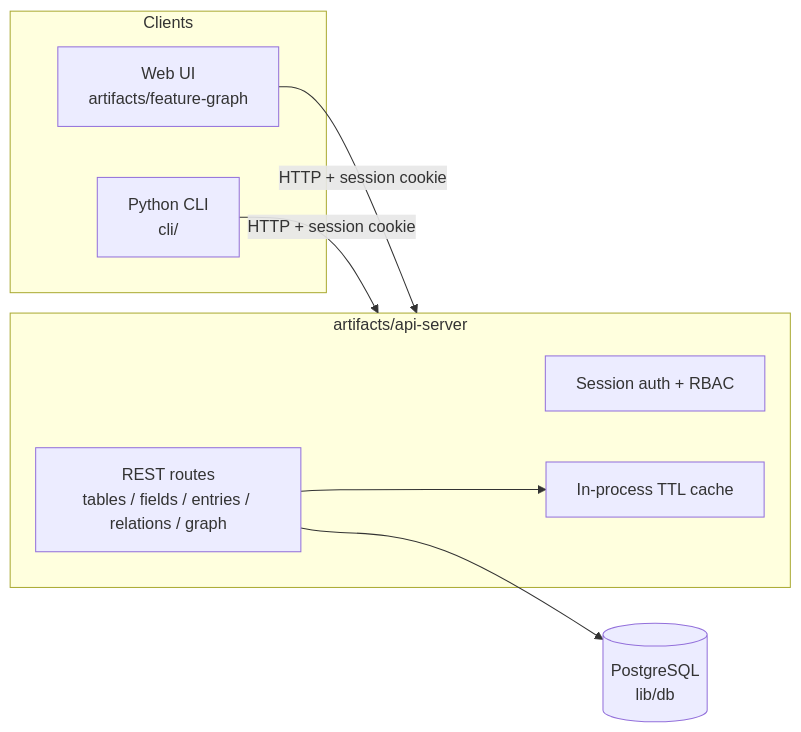
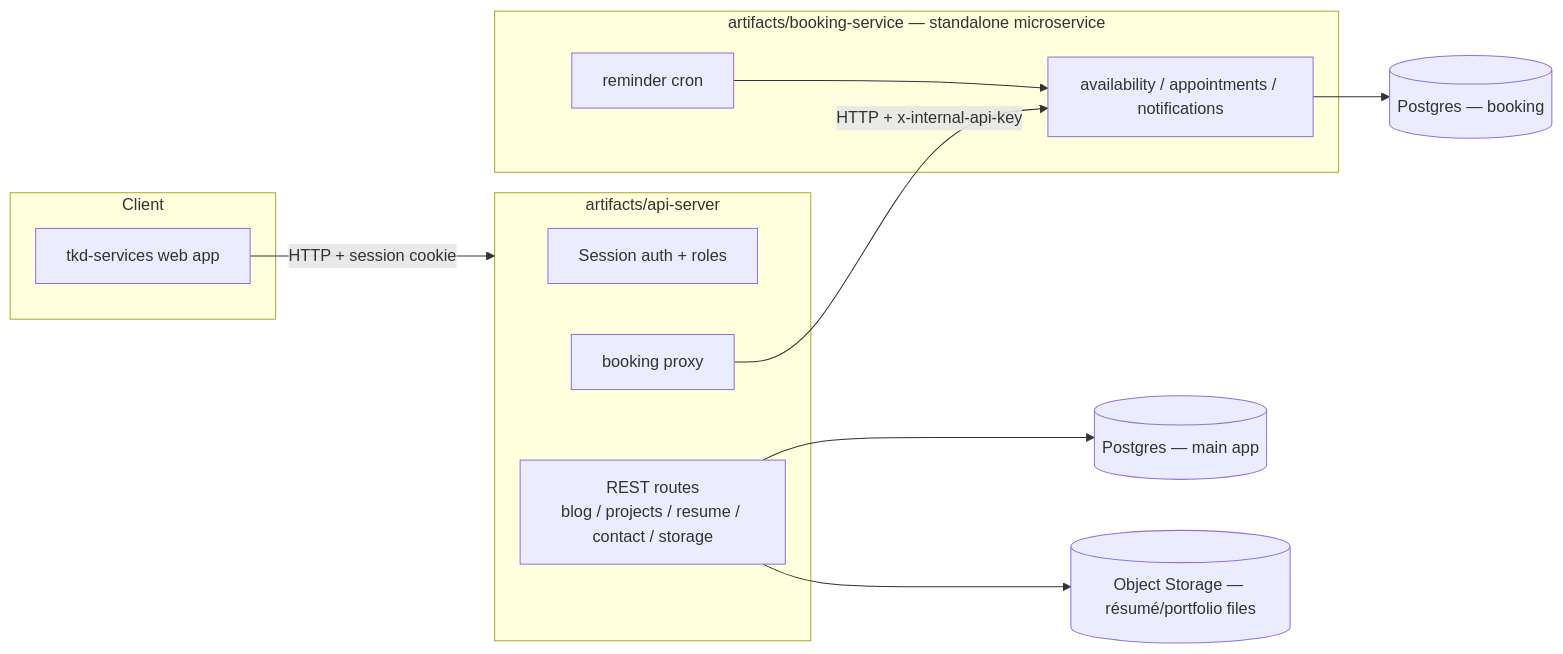
The diagram in README.md (itkdaniel/tkd-services-platform), drawn with Mermaid before and after one commit. The commit also changed other lines of this file and 17 other files, not shown here.

First line of the commit message:
Multi-repo publishing: Docker Compose, GitHub Actions CI/CD, and full docs for TKD Services

````diff
--- a/README.md
+++ b/README.md
@@ -23,18 +28,25 @@
 ```mermaid
 flowchart LR
-    subgraph Clients
-        Web[Web UI\nartifacts/feature-graph]
-        CLI[Python CLI\ncli/]
+    subgraph Client
+        Web[tkd-services web app]
     end
-    subgraph Server[artifacts/api-server]
-        Auth[Session auth + RBAC]
-        Routes[REST routes\ntables / fields / entries / relations / graph]
-        Cache[In-process TTL cache]
+    subgraph Backend[artifacts/api-server]
+        Auth[Session auth + roles]
+        Routes[REST routes\nblog / projects / resume / contact / storage]
+        BookingProxy[booking proxy]
     end
-    DB[(PostgreSQL\nlib/db)]
+    subgraph Booking[artifacts/booking-service — standalone microservice]
+        BookingAPI[availability / appointments / notifications]
+        Scheduler[reminder cron]
+    end
+    DB[(Postgres — main app)]
+    BookingDB[(Postgres — booking)]
+    GCS[(Object Storage — résumé/portfolio files)]
 
-    Web -- HTTP + session cookie --> Server
-    CLI -- HTTP + session cookie --> Server
-    Routes --> Cache
+    Web -- HTTP + session cookie --> Backend
     Routes --> DB
+    Routes --> GCS
+    BookingProxy -- HTTP + x-internal-api-key --> BookingAPI
+    BookingAPI --> BookingDB
+    Scheduler --> BookingAPI
 ```
````
